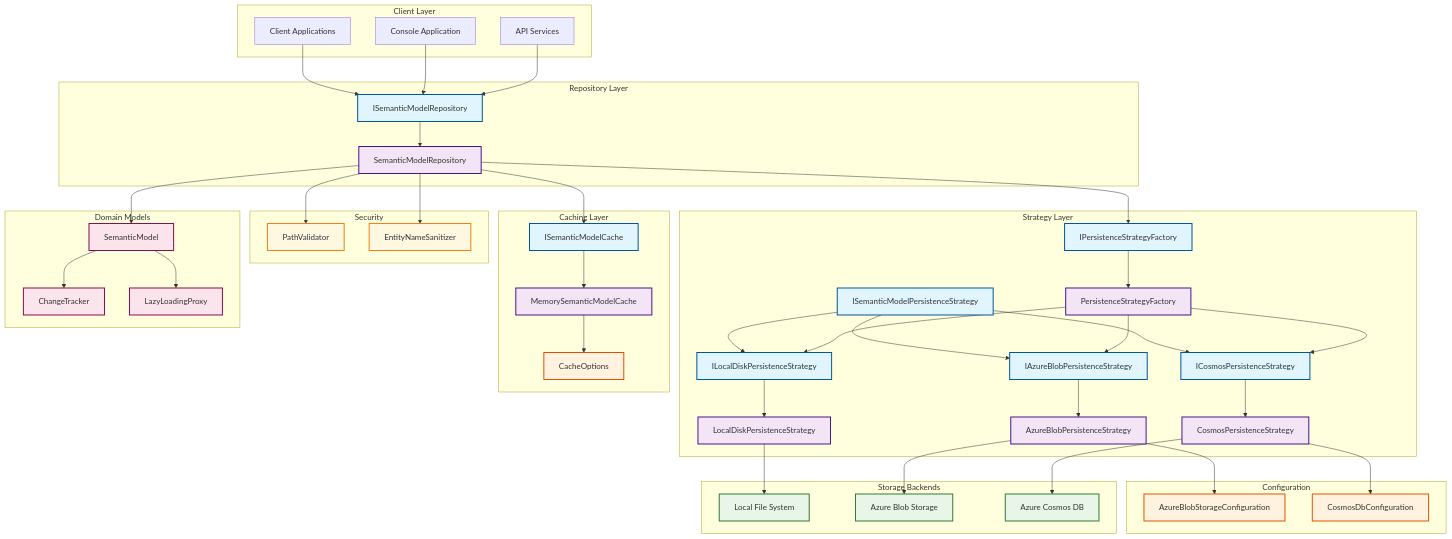
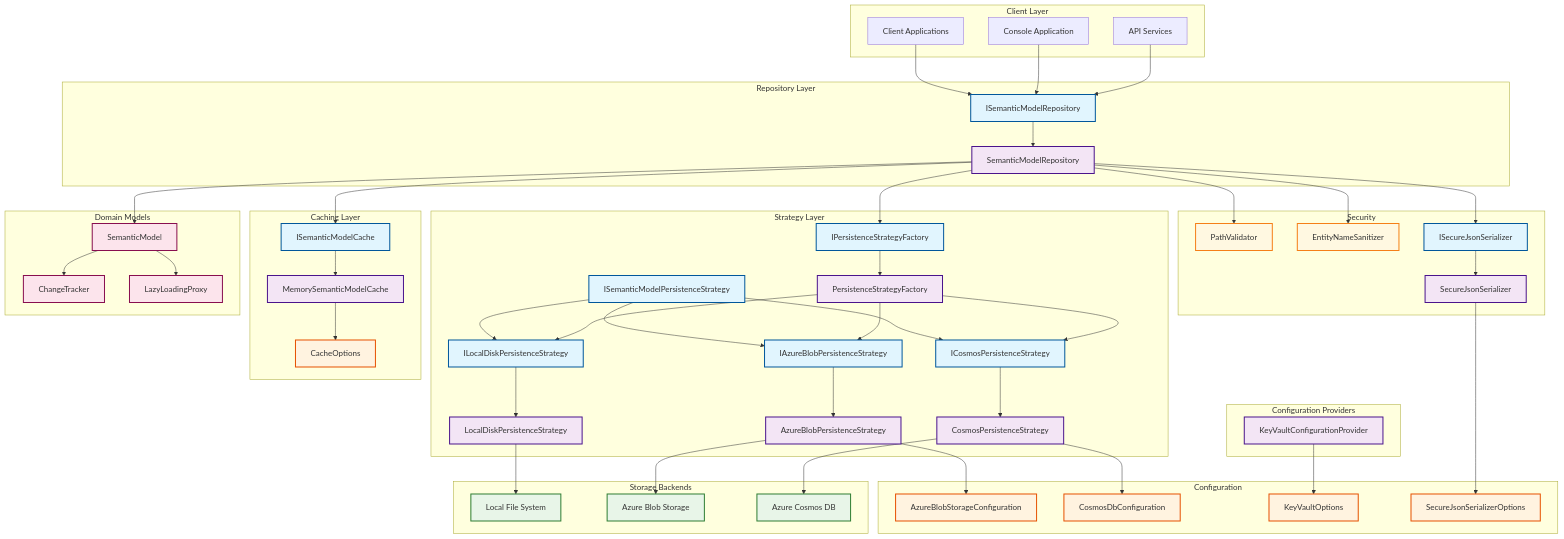
One commit to PlagueHO/genai-database-explorer changed the diagram in docs/components/semantic-model-repository-documentation.md. Above: the diagram before and after it, drawn with Mermaid. The commit also changed other lines of this file and 2 other files, not shown here.

First line of the commit message:
CHANGE: Update documentation for security enhancements

```diff
--- a/docs/components/semantic-model-repository-documentation.md
+++ b/docs/components/semantic-model-repository-documentation.md
@@ -111,11 +115,21 @@
     subgraph "Configuration"
         AzureConfig[AzureBlobStorageConfiguration]
         CosmosConfig[CosmosDbConfiguration]
+        KeyVaultOpts[KeyVaultOptions]
+        SecureJsonOpts[SecureJsonSerializerOptions]
     end
     
     subgraph "Security"
         PathVal[PathValidator]
         EntitySan[EntityNameSanitizer]
+        ISecureJson[ISecureJsonSerializer]
+        SecureJson[SecureJsonSerializer]
+        
+        ISecureJson --> SecureJson
+    end
+    
+    subgraph "Configuration Providers"
+        KeyVaultProvider[KeyVaultConfigurationProvider]
     end
     
     subgraph "Storage Backends"
@@ -140,6 +154,7 @@
     Repo --> ICache
     Repo --> PathVal
     Repo --> EntitySan
+    Repo --> ISecureJson
     
     %% Factory connections
     Factory --> ILocal
@@ -149,6 +164,10 @@
     %% Strategy connections
     Azure --> AzureConfig
     Cosmos --> CosmosConfig
+    
+    %% Security connections
+    SecureJson --> SecureJsonOpts
+    KeyVaultProvider --> KeyVaultOpts
     
     %% Storage connections
     Local --> LocalFS
@@ -168,9 +187,9 @@
     classDef domain fill:#fce4ec,stroke:#880e4f,stroke-width:2px
     classDef security fill:#fff8e1,stroke:#f57f17,stroke-width:2px
     
-    class IRepo,IFactory,IStrategy,ILocal,IAzure,ICosmos,ICache interface
-    class Repo,Factory,Local,Azure,Cosmos,Cache implementation
-    class AzureConfig,CosmosConfig,CacheOpts config
+    class IRepo,IFactory,IStrategy,ILocal,IAzure,ICosmos,ICache,ISecureJson interface
+    class Repo,Factory,Local,Azure,Cosmos,Cache,SecureJson,KeyVaultProvider implementation
+    class AzureConfig,CosmosConfig,CacheOpts,KeyVaultOpts,SecureJsonOpts config
     class LocalFS,AzureBlob,CosmosDB storage
     class SemanticModel,ChangeTracker,LazyProxy domain
     class PathVal,EntitySan security
```
